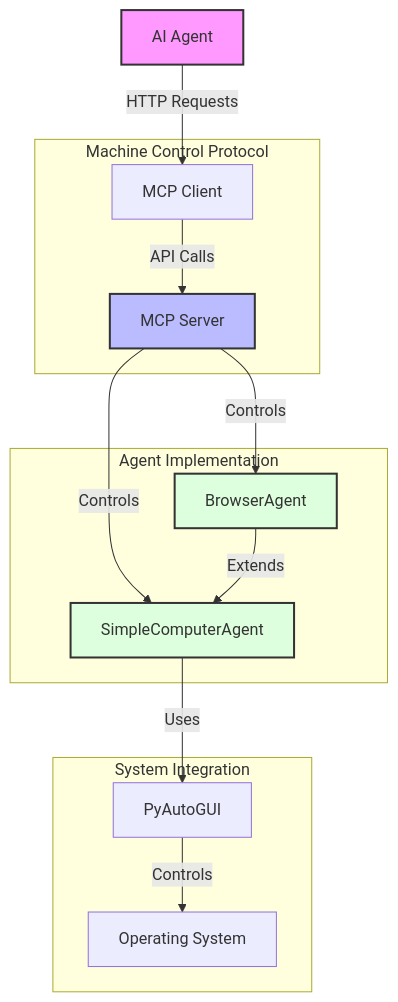
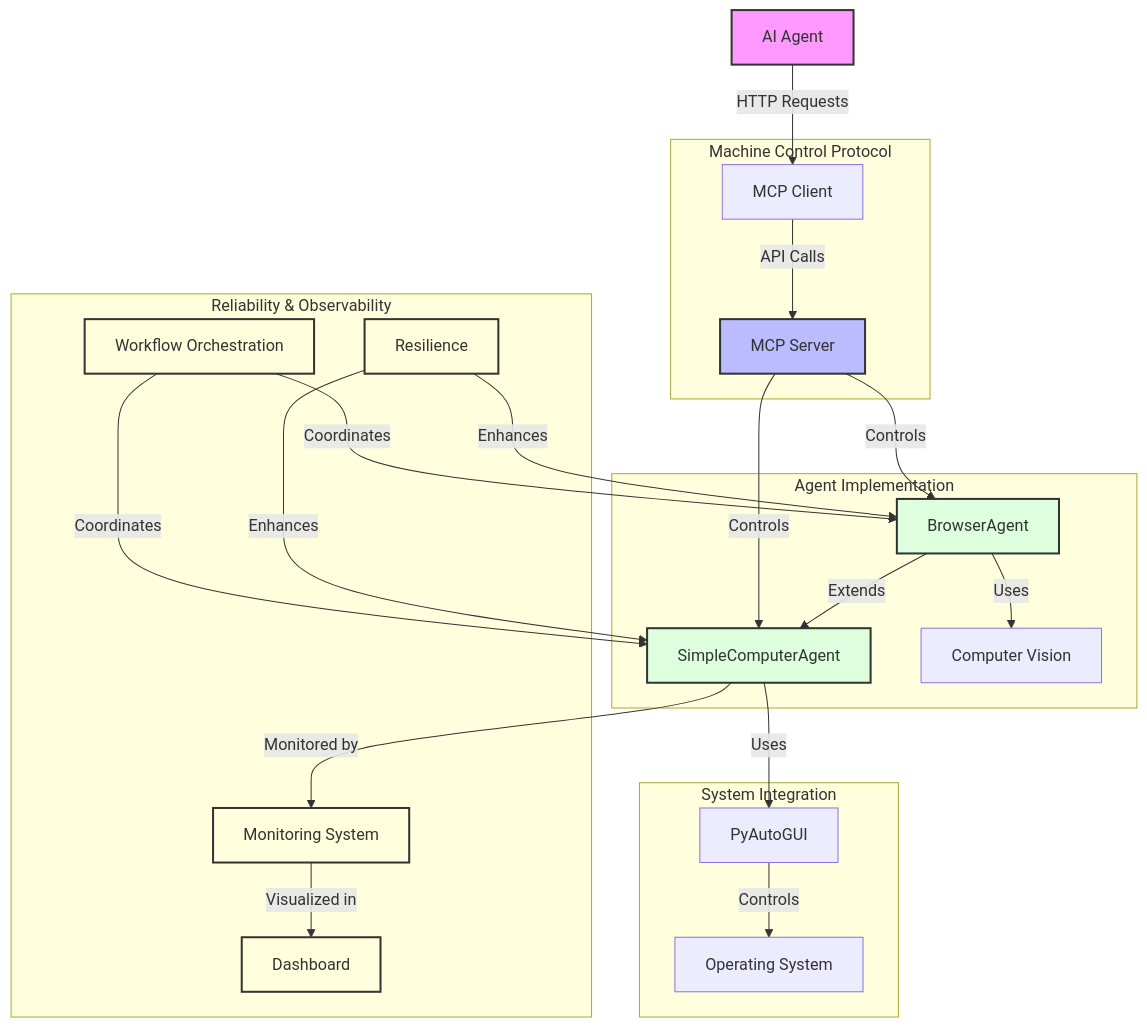
Before and after one commit to SpencerBrown1717/lvl3.ai_computer_use_try1: the first of 2 diagrams in README.md, drawn with Mermaid. The commit also changed other lines of this file and 42 other files, not shown here.

````diff
--- a/README.md
+++ b/README.md
@@ -96,30 +166,49 @@
 ```mermaid
 graph TD
     A[AI Agent] -->|HTTP Requests| B[MCP Client]
     B -->|API Calls| C[MCP Server]
     C -->|Controls| D[SimpleComputerAgent]
     C -->|Controls| E[BrowserAgent]
     D -->|Uses| F[PyAutoGUI]
     E -->|Extends| D
+    E -->|Uses| CV[Computer Vision]
+    D -->|Monitored by| M[Monitoring System]
+    M -->|Visualized in| DB[Dashboard]
     F -->|Controls| G[Operating System]
+    W[Workflow Orchestration] -->|Coordinates| D
+    W -->|Coordinates| E
+    R[Resilience] -->|Enhances| D
+    R -->|Enhances| E
     
     subgraph "Machine Control Protocol"
         B
         C
     end
     
     subgraph "Agent Implementation"
         D
         E
+        CV
+    end
+    
+    subgraph "Reliability & Observability"
+        M
+        DB
+        R
+        W
     end
     
     subgraph "System Integration"
         F
         G
     end
     
     style A fill:#f9f,stroke:#333,stroke-width:2px
     style C fill:#bbf,stroke:#333,stroke-width:2px
     style D fill:#dfd,stroke:#333,stroke-width:2px
     style E fill:#dfd,stroke:#333,stroke-width:2px
+    style M fill:#ffd,stroke:#333,stroke-width:2px
+    style DB fill:#ffd,stroke:#333,stroke-width:2px
+    style W fill:#ffd,stroke:#333,stroke-width:2px
+    style R fill:#ffd,stroke:#333,stroke-width:2px
 ```
````
